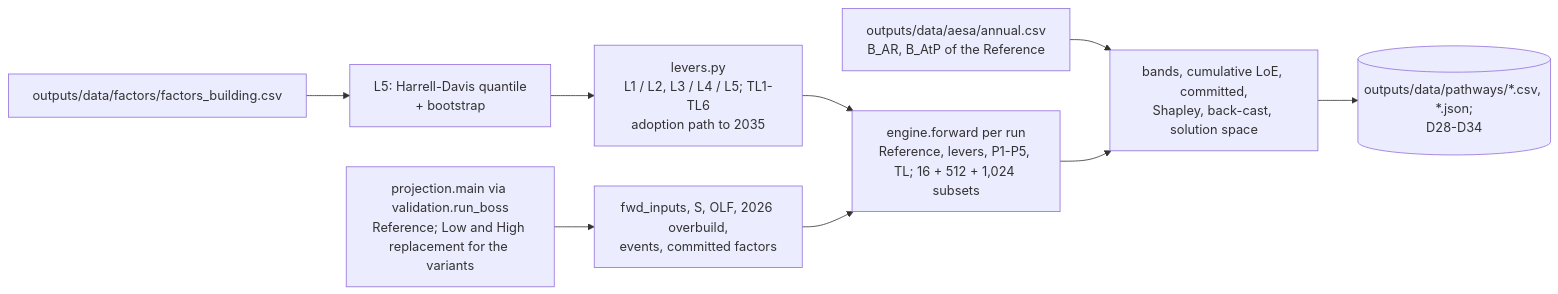
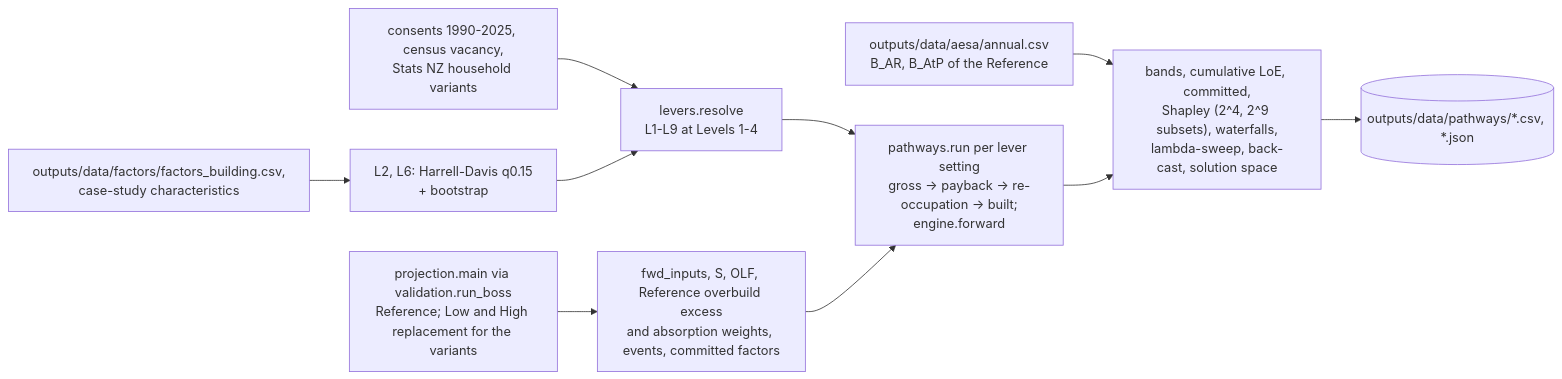
Before and after one commit to GerasimosChristoforatos/Pathway-Paper: the third of 3 diagrams in ARCHITECTURE.md, drawn with Mermaid. The commit also changed other lines of this file and 10 other files, not shown here.

First line of the commit message:
v3.0.0 D: ARCHITECTURE for v3; AESA and B2/B4 event tests restored (v2 anchors on the legacy Reference); metrics run_mode by profile; stale docstrings

````diff
--- a/ARCHITECTURE.md
+++ b/ARCHITECTURE.md
@@ -471,11 +532,12 @@
 ```mermaid
 flowchart LR
-    PROJ["projection.main via validation.run_boss<br/>Reference; Low and High replacement for the variants"] --> CTX["fwd_inputs, S, OLF, 2026 overbuild,<br/>events, committed factors"]
-    FB["outputs/data/factors/factors_building.csv"] --> L5["L5: Harrell-Davis quantile<br/>+ bootstrap"]
-    LEV["levers.py<br/>L1 / L2, L3 / L4 / L5; TL1-TL6<br/>adoption path to 2035"] --> RUN
-    L5 --> LEV
-    CTX --> RUN["engine.forward per run<br/>Reference, levers, P1-P5, TL; 16 + 512 + 1,024 subsets"]
+    PROJ["projection.main via validation.run_boss<br/>Reference; Low and High replacement for the variants"] --> CTX["fwd_inputs, S, OLF, Reference overbuild excess<br/>and absorption weights, events, committed factors"]
+    FB["outputs/data/factors/factors_building.csv,<br/>case-study characteristics"] --> HD["L2, L6: Harrell-Davis q0.15<br/>+ bootstrap"]
+    CS["consents 1990-2025, census vacancy,<br/>Stats NZ household variants"] --> RES
+    HD --> RES["levers.resolve<br/>L1-L9 at Levels 1-4"]
+    RES --> RUN
+    CTX --> RUN["pathways.run per lever setting<br/>gross -> payback -> re-occupation -> built;<br/>engine.forward"]
     AESA["outputs/data/aesa/annual.csv<br/>B_AR, B_AtP of the Reference"] --> GAP
-    RUN --> GAP["bands, cumulative LoE, committed,<br/>Shapley, back-cast, solution space"]
-    GAP --> OUTP[("outputs/data/pathways/*.csv, *.json;<br/>D28-D34")]
+    RUN --> GAP["bands, cumulative LoE, committed,<br/>Shapley (2^4, 2^9 subsets), waterfalls,<br/>lambda-sweep, back-cast, solution space"]
+    GAP --> OUTP[("outputs/data/pathways/*.csv, *.json")]
 ```
````
